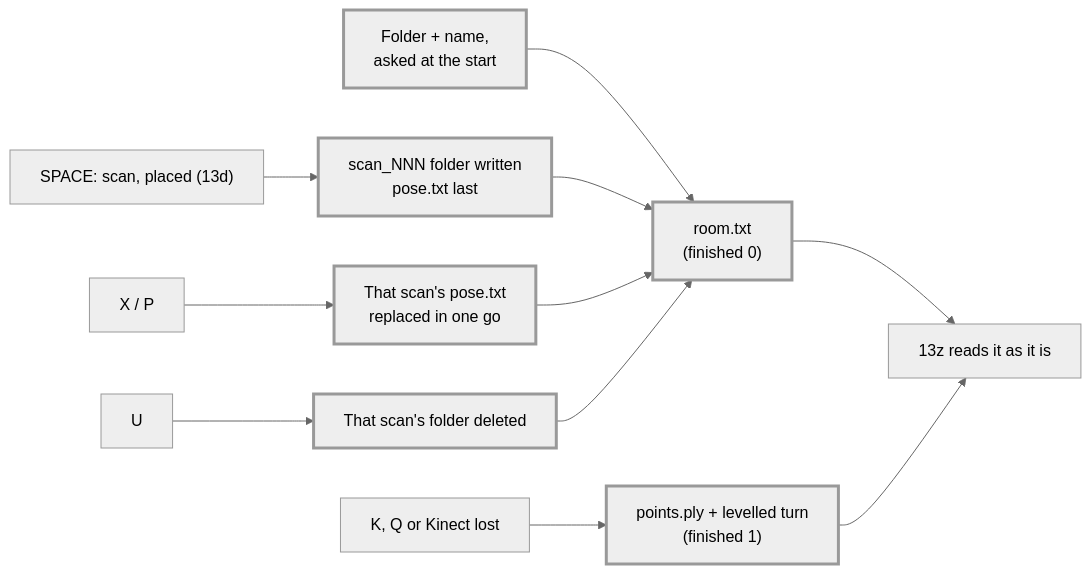
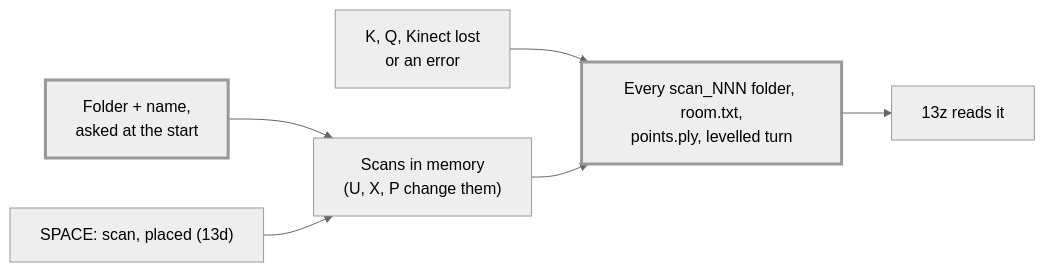
One commit to Kramav/Spotter changed diagram 28 of 32 in exercises/cpp/EXAMPLES.md. Above: the diagram before and after it, drawn with Mermaid (neutral theme). The commit also changed other lines of this file and 24 other files, not shown here.

````diff
--- a/exercises/cpp/EXAMPLES.md
+++ b/exercises/cpp/EXAMPLES.md
@@ -644,16 +647,11 @@
 ```mermaid
 flowchart LR
-    ASK["Folder + name,<br/>asked at the start"] --> RT["room.txt<br/>(finished 0)"]
-    SP["SPACE: scan, placed (13d)"] --> WS["scan_NNN folder written<br/>pose.txt last"]
-    WS --> RT
-    X["X / P"] --> PO["That scan's pose.txt<br/>replaced in one go"]
-    U["U"] --> RM["That scan's folder deleted"]
-    PO --> RT
-    RM --> RT
-    KQ["K, Q or Kinect lost"] --> FIN["points.ply + levelled turn<br/>(finished 1)"]
-    RT --> Z["13z reads it as it is"]
-    FIN --> Z
+    ASK["Folder + name,<br/>asked at the start"] --> MEM
+    SP["SPACE: scan, placed (13d)"] --> MEM["Scans in memory<br/>(U, X, P change them)"]
+    KQ["K, Q, Kinect lost<br/>or an error"] --> SAVE["Every scan_NNN folder, room.txt,<br/>points.ply, levelled turn"]
+    MEM --> SAVE
+    SAVE --> Z["13z reads it"]
 
     classDef new stroke-width:3px
-    class ASK,RT,WS,PO,RM,FIN new
+    class ASK,SAVE new
 ```
````
